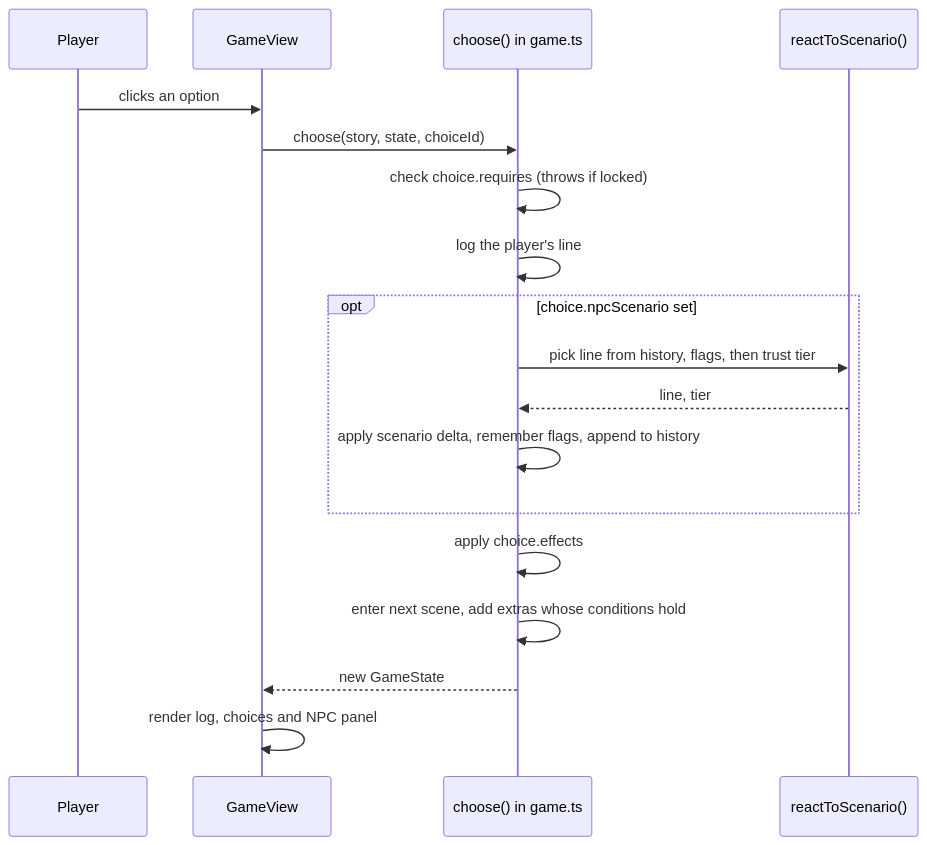
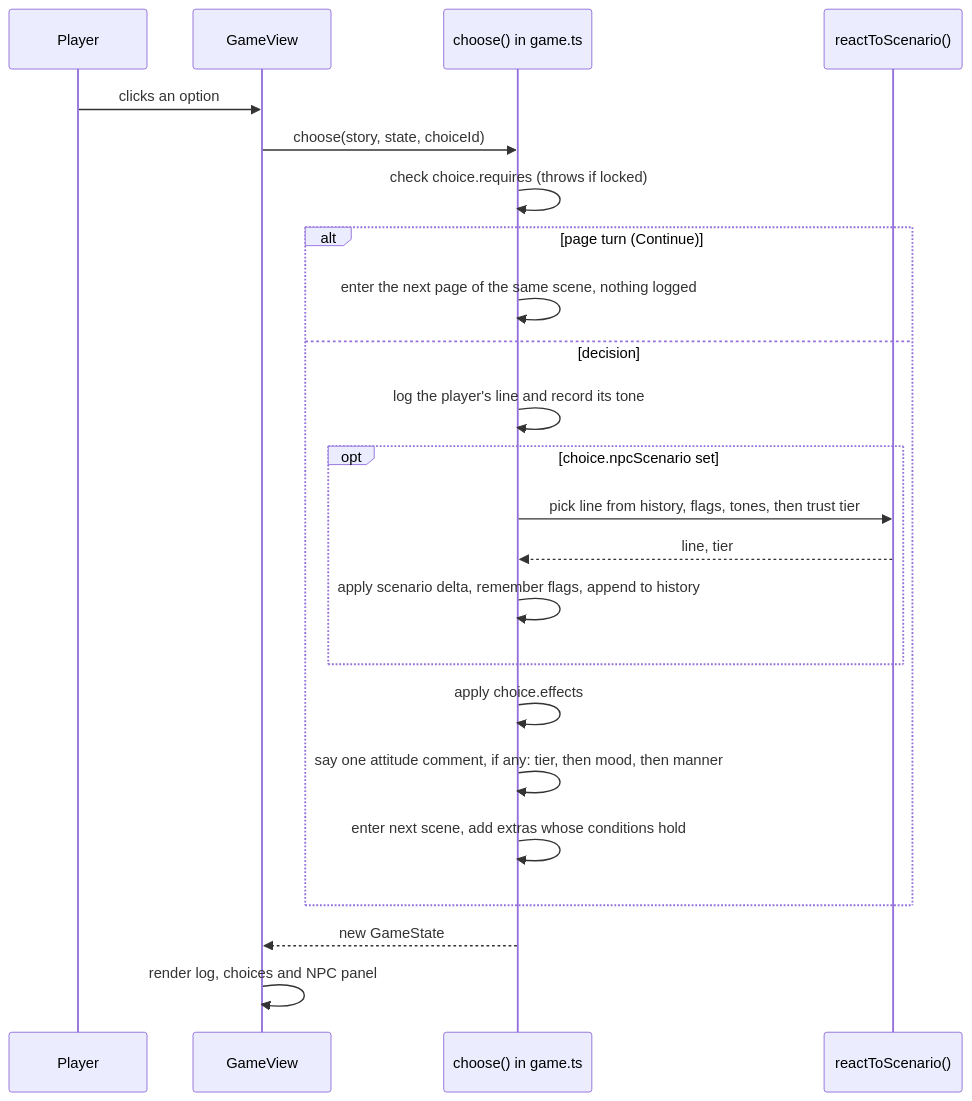
Before and after one commit to jgyy/nextxian: the second of 15 diagrams in docs/ARCHITECTURE.md, drawn with Mermaid. The commit also changed other lines of this file and 58 other files, not shown here.

````diff
--- a/docs/ARCHITECTURE.md
+++ b/docs/ARCHITECTURE.md
@@ -43,20 +48,25 @@
 ```mermaid
 sequenceDiagram
   participant P as Player
   participant UI as GameView
   participant E as choose() in game.ts
   participant N as reactToScenario()
   P->>UI: clicks an option
   UI->>E: choose(story, state, choiceId)
   E->>E: check choice.requires (throws if locked)
-  E->>E: log the player's line
-  opt choice.npcScenario set
-    E->>N: pick line from history, flags, then trust tier
-    N-->>E: line, tier
-    E->>E: apply scenario delta, remember flags, append to history
+  alt page turn (Continue)
+    E->>E: enter the next page of the same scene, nothing logged
+  else decision
+    E->>E: log the player's line and record its tone
+    opt choice.npcScenario set
+      E->>N: pick line from history, flags, tones, then trust tier
+      N-->>E: line, tier
+      E->>E: apply scenario delta, remember flags, append to history
+    end
+    E->>E: apply choice.effects
+    E->>E: say one attitude comment, if any: tier, then mood, then manner
+    E->>E: enter next scene, add extras whose conditions hold
   end
-  E->>E: apply choice.effects
-  E->>E: enter next scene, add extras whose conditions hold
   E-->>UI: new GameState
   UI->>UI: render log, choices and NPC panel
 ```
````
